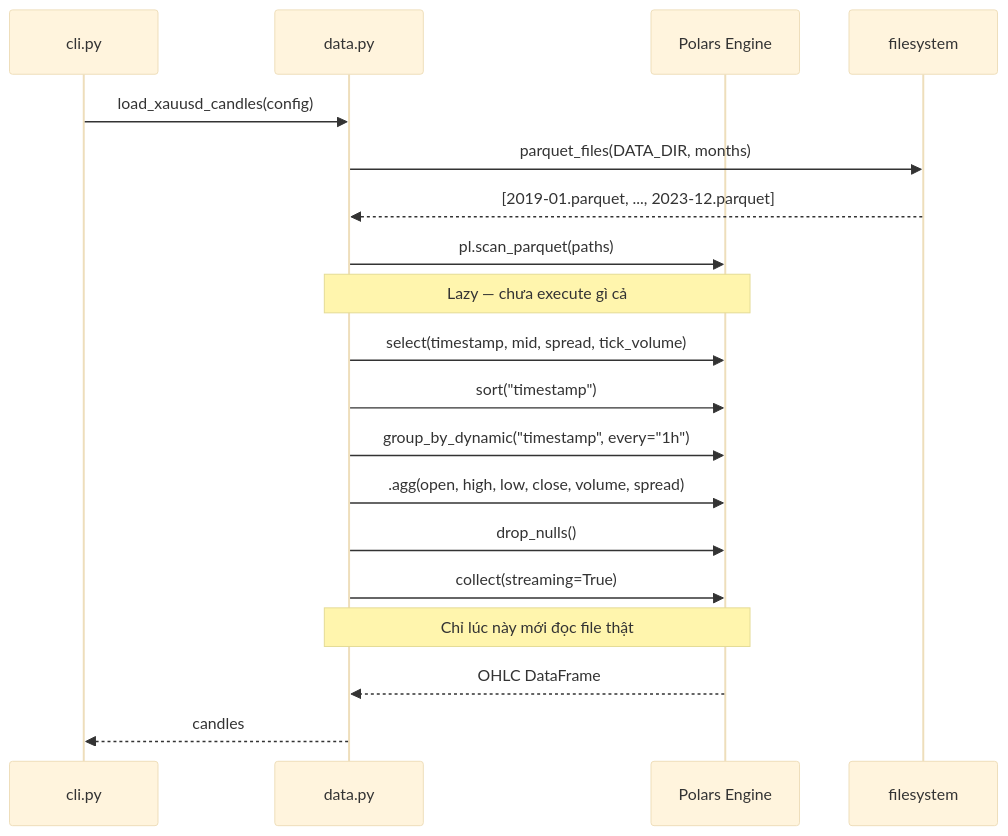
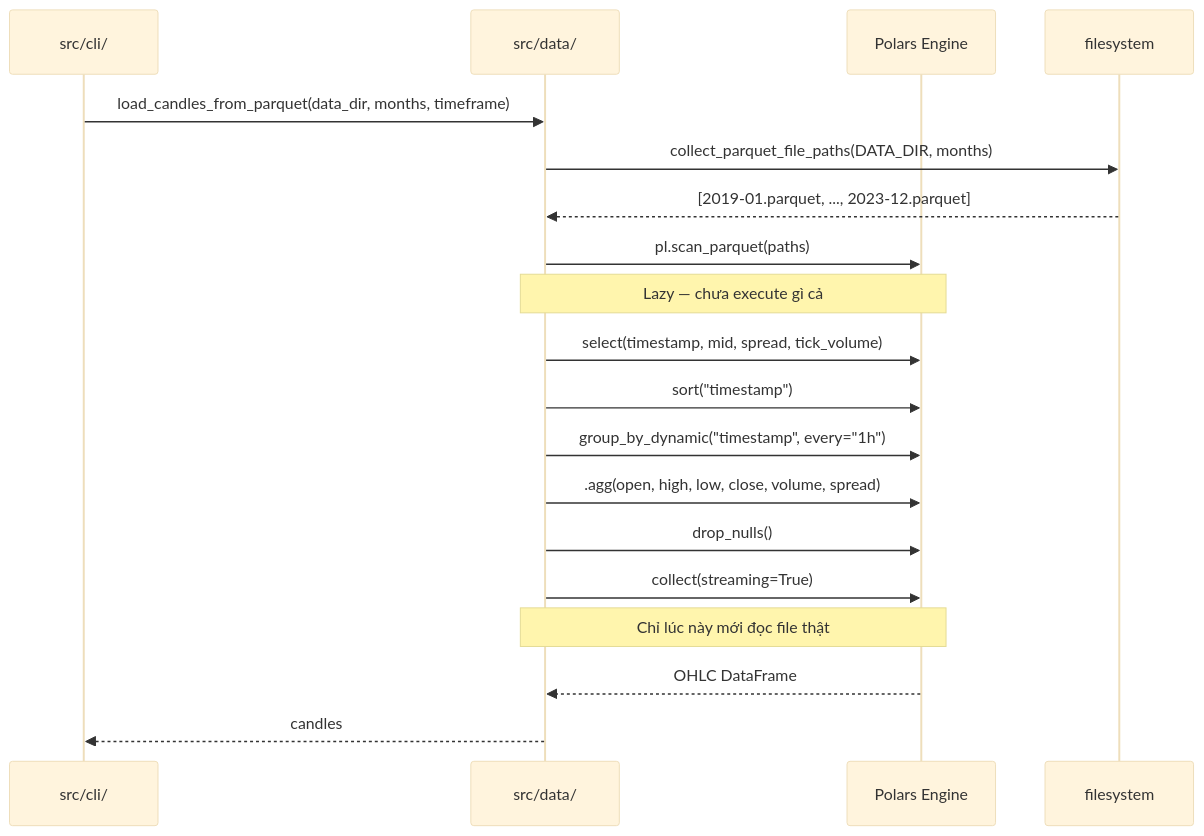
One commit to ultimateBroK/thesis-compact changed the second of 2 diagrams in docs/data-pipeline.md. Above: the diagram before and after it, drawn with Mermaid (base theme). The commit also changed other lines of this file and 7 other files, not shown here.

````diff
--- a/docs/data-pipeline.md
+++ b/docs/data-pipeline.md
@@ -42,22 +42,22 @@
 ```mermaid
 sequenceDiagram
-    participant CLI as cli.py
-    participant Data as data.py
+    participant CLI as src/cli/
+    participant Data as src/data/
     participant Polars as Polars Engine
     participant FS as filesystem
 
-    CLI->>Data: load_xauusd_candles(config)
-    Data->>FS: parquet_files(DATA_DIR, months)
+    CLI->>Data: load_candles_from_parquet(data_dir, months, timeframe)
+    Data->>FS: collect_parquet_file_paths(DATA_DIR, months)
     FS-->>Data: [2019-01.parquet, ..., 2023-12.parquet]
     Data->>Polars: pl.scan_parquet(paths)
     Note over Data,Polars: Lazy — chưa execute gì cả
     Data->>Polars: select(timestamp, mid, spread, tick_volume)
     Data->>Polars: sort("timestamp")
     Data->>Polars: group_by_dynamic("timestamp", every="1h")
     Data->>Polars: .agg(open, high, low, close, volume, spread)
     Data->>Polars: drop_nulls()
     Data->>Polars: collect(streaming=True)
     Note over Data,Polars: Chỉ lúc này mới đọc file thật
     Polars-->>Data: OHLC DataFrame
     Data-->>CLI: candles
 ```
````
